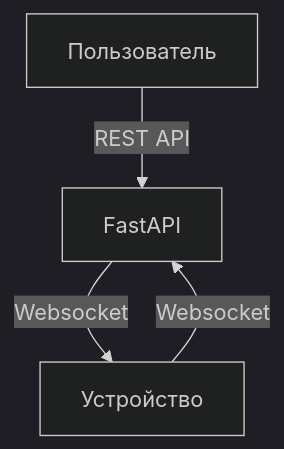
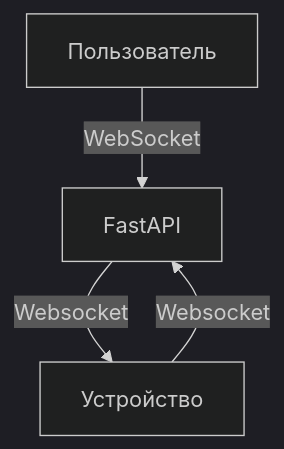
The diagram in README.md (shohruxyigitolipov/Sh_IoT_standard), drawn with Mermaid (dark theme) before and after one commit. The commit also changed other lines of this file and 2 other files, not shown here.

````diff
--- a/README.md
+++ b/README.md
@@ -23,6 +23,6 @@
 ```mermaid
 graph TD
-Пользователь -->|REST API| FastAPI
+Пользователь -->|WebSocket| FastAPI
 FastAPI -->|Websocket| Устройство
 Устройство -->|Websocket| FastAPI
 ```
````
